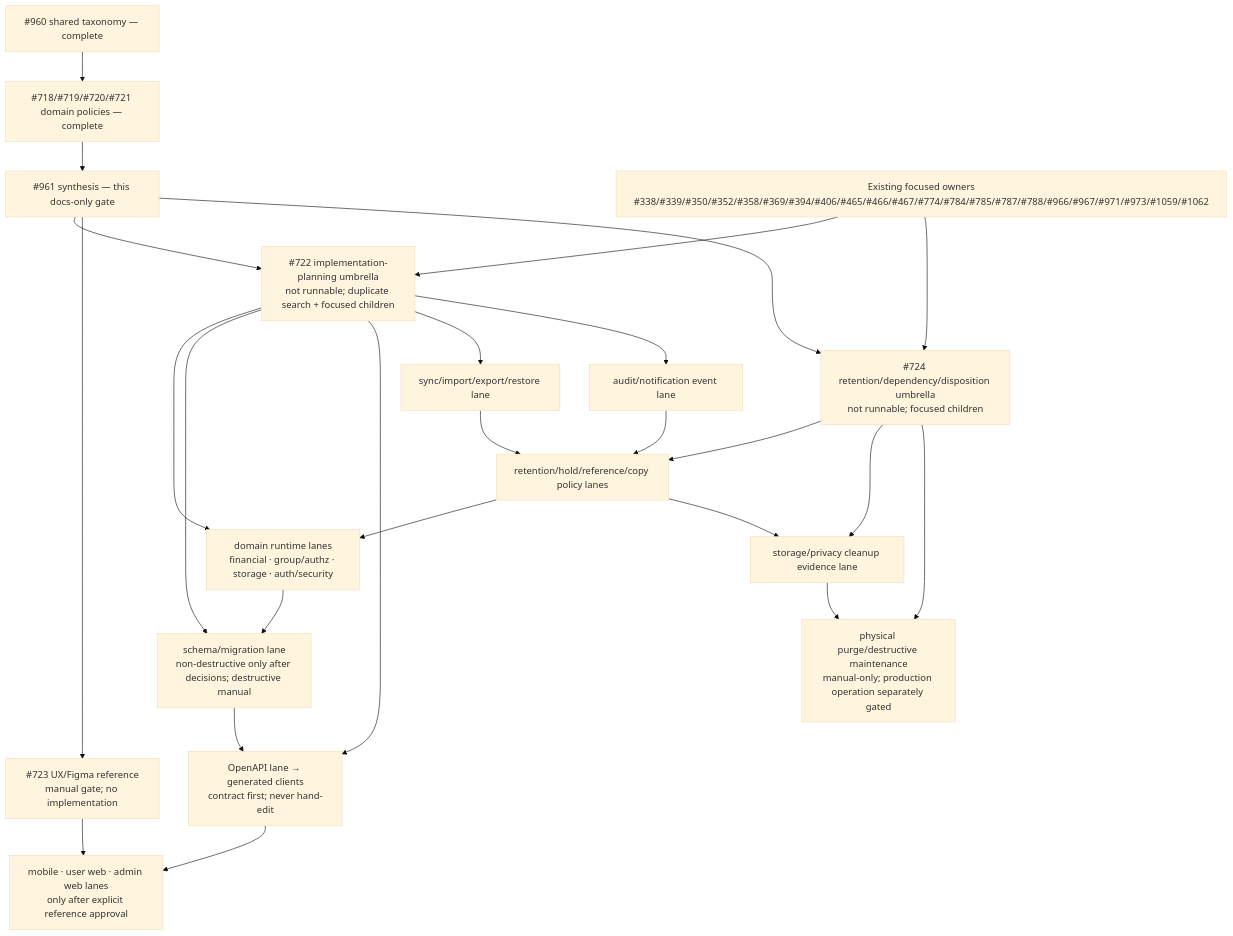
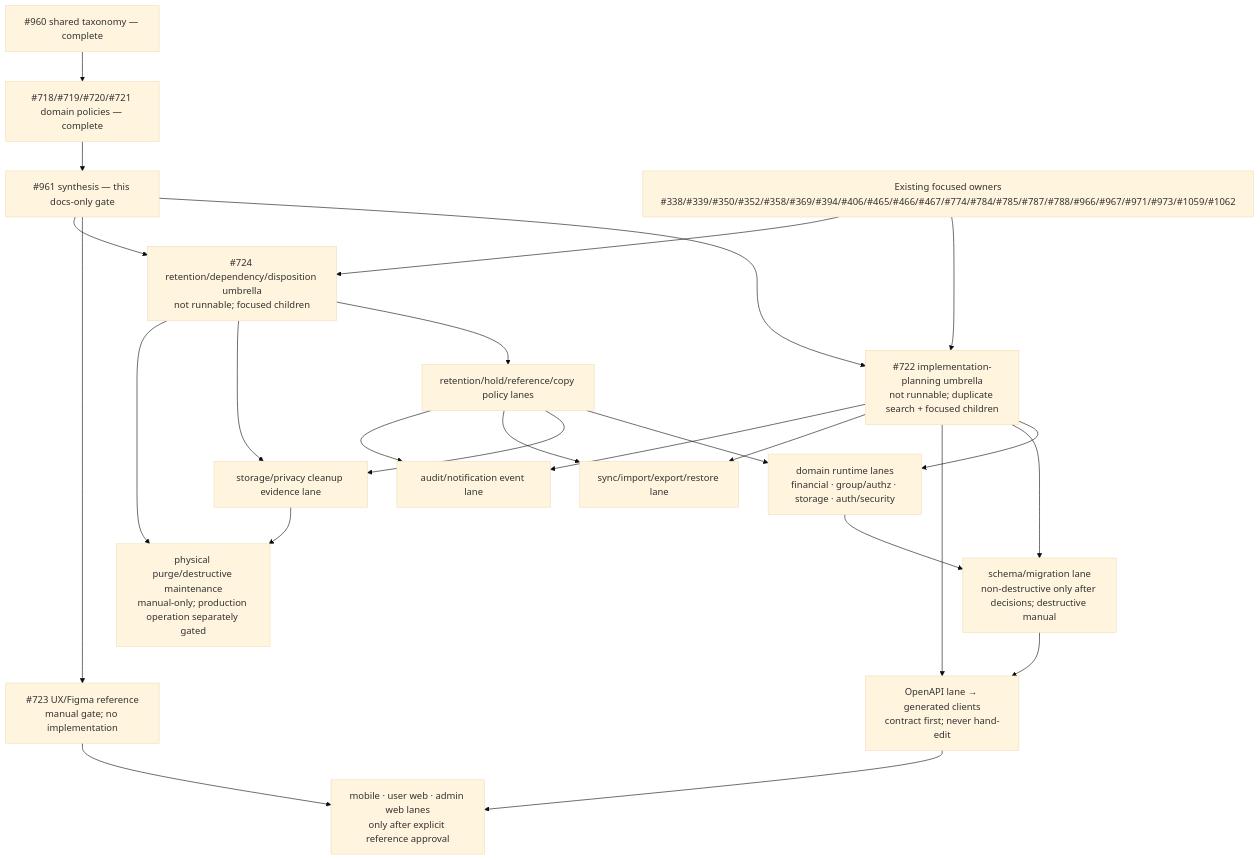
Before and after one commit to tommytang213/Settleora: the diagram in docs/planning/DAY1_LIFECYCLE_POLICY_MATRIX.md, drawn with Mermaid (base theme). The commit also changed other lines of this file and 1 other file, not shown here.

````diff
--- a/docs/planning/DAY1_LIFECYCLE_POLICY_MATRIX.md
+++ b/docs/planning/DAY1_LIFECYCLE_POLICY_MATRIX.md
@@ -160,31 +224,31 @@
 ```mermaid
 flowchart TD
   P960["#960 shared taxonomy — complete"] --> C["#718/#719/#720/#721 domain policies — complete"]
   C --> S["#961 synthesis — this docs-only gate"]
   S --> U722["#722 implementation-planning umbrella\nnot runnable; duplicate search + focused children"]
   S --> U723["#723 UX/Figma reference\nmanual gate; no implementation"]
   S --> U724["#724 retention/dependency/disposition umbrella\nnot runnable; focused children"]
 
   U722 --> FD["domain runtime lanes\nfinancial · group/authz · storage · auth/security"]
   U722 --> SC["schema/migration lane\nnon-destructive only after decisions; destructive manual"]
   U722 --> OA["OpenAPI lane → generated clients\ncontract first; never hand-edit"]
   U722 --> SY["sync/import/export/restore lane"]
   U722 --> AN["audit/notification event lane"]
 
   U723 --> UI["mobile · user web · admin web lanes\nonly after explicit reference approval"]
   U724 --> RP["retention/hold/reference/copy policy lanes"]
   U724 --> ST["storage/privacy cleanup evidence lane"]
   U724 --> DO["physical purge/destructive maintenance\nmanual-only; production operation separately gated"]
 
   FD --> SC
   SC --> OA
   OA --> UI
   RP --> FD
   RP --> ST
   ST --> DO
-  SY --> RP
-  AN --> RP
+  RP --> SY
+  RP --> AN
 
   E["Existing focused owners\n#338/#339/#350/#352/#358/#369/#394/#406/#465/#466/#467/#774/#784/#785/#787/#788/#966/#967/#971/#973/#1059/#1062"] --> U722
   E --> U724
 ```
````
